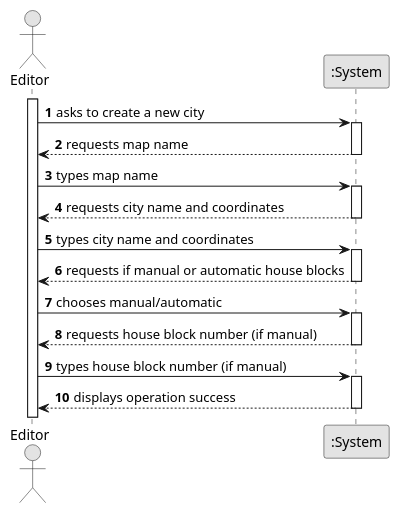
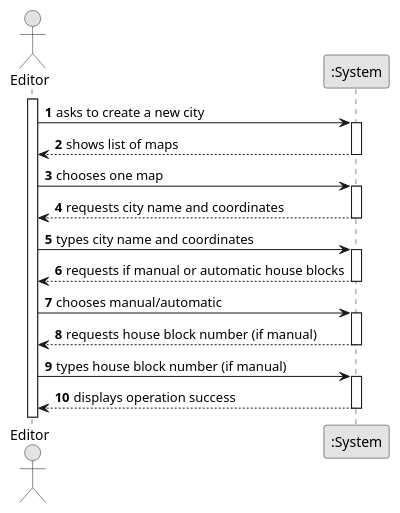
Before and after one commit to goncalolopesp/sem2-pi-24.25-g093-repo: the diagram in docs/system-documentation/US003/01.requirements-engineering/puml/US003-SSD.puml, drawn with PlantUML. The commit also changed 4 other files, not shown here.

```diff
--- a/docs/system-documentation/US003/01.requirements-engineering/puml/US003-SSD.puml
+++ b/docs/system-documentation/US003/01.requirements-engineering/puml/US003-SSD.puml
@@ -1,41 +1,41 @@
 @startuml
 skinparam monochrome true
 skinparam packageStyle rectangle
 skinparam shadowing false
 
 autonumber
 
 actor "Editor" as Employee
 participant ":System" as System
 
 activate Employee
 
 Employee -> System : asks to create a new city
 activate System
-System --> Employee : requests map name
+System --> Employee : shows list of maps
 deactivate System
 
-Employee -> System : types map name
+Employee -> System : chooses one map
 activate System
 System --> Employee : requests city name and coordinates
 deactivate System
 
 Employee -> System : types city name and coordinates
 activate System
 System --> Employee : requests if manual or automatic house blocks
 deactivate System
 
 Employee -> System : chooses manual/automatic
 activate System
 System --> Employee : requests house block number (if manual)
 deactivate System
 
 Employee -> System : types house block number (if manual)
 activate System
 System --> Employee : displays operation success
 deactivate System
 
 
 deactivate System
 
 @enduml
```
